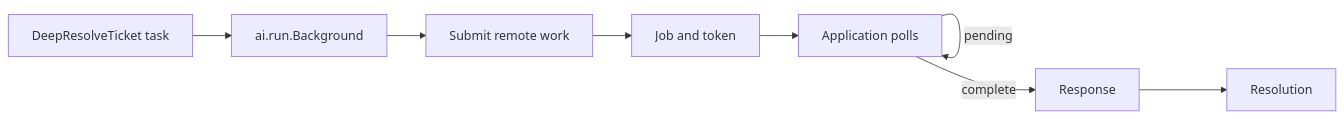
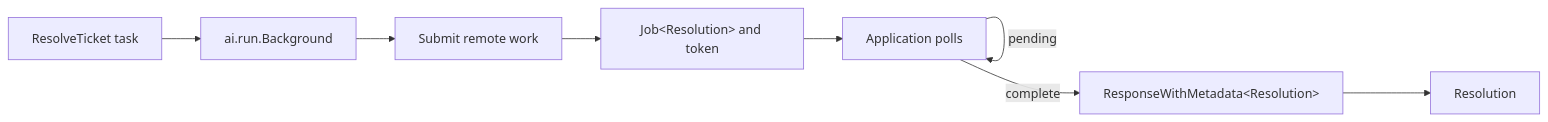
One commit to BoundaryML/baml changed the diagram in baml_language/_plan/bepv4/pages/jobs-batches-and-caches.md. Above: the diagram before and after it, drawn with Mermaid. The commit also changed other lines of this file and 229 other files, not shown here.

````diff
--- a/baml_language/_plan/bepv4/pages/jobs-batches-and-caches.md
+++ b/baml_language/_plan/bepv4/pages/jobs-batches-and-caches.md
@@ -73,10 +87,10 @@
 ```mermaid
 flowchart LR
-  task["DeepResolveTicket task"] --> background["ai.run.Background"]
+  task["ResolveTicket task"] --> background["ai.run.Background"]
   background --> submit["Submit remote work"]
-  submit --> job["Job<Resolution> and token"]
+  submit --> job["Job&lt;Resolution&gt; and token"]
   job --> poll["Application polls"]
   poll -->|pending| poll
-  poll -->|complete| response["Response<Resolution>"]
+  poll -->|complete| response["ResponseWithMetadata&lt;Resolution&gt;"]
   response --> result["Resolution"]
 ```
````
